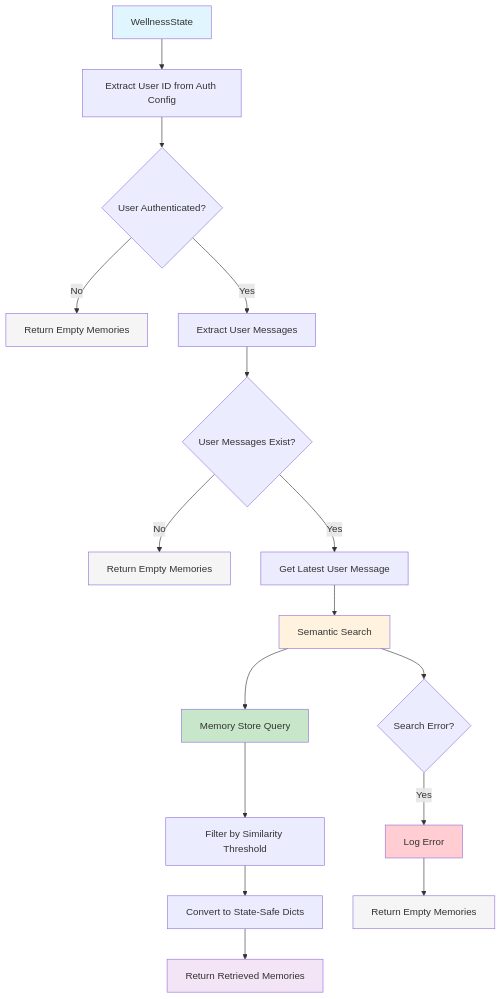
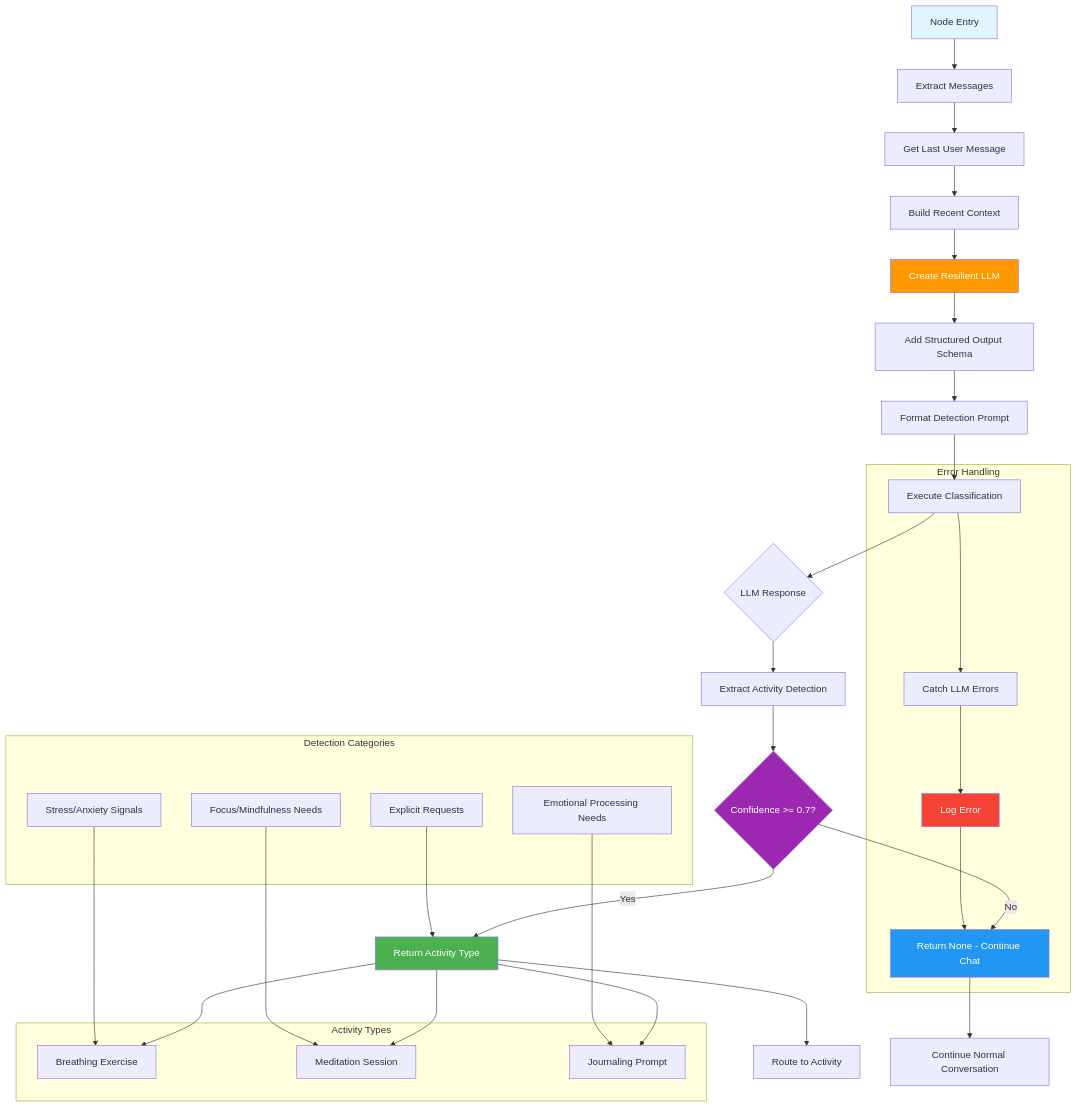
The first of 5 diagrams in docs/ai/langgraph.md (tweezerchef/Wbot), drawn with Mermaid before and after one commit. The commit also changed other lines of this file and 7 other files, not shown here.

First line of the commit message:
docs: comprehensive update of project roadmap and technical documentation

````diff
--- a/docs/ai/langgraph.md
+++ b/docs/ai/langgraph.md
@@ -27,35 +28,57 @@
 ```mermaid
 graph TD
-    A[WellnessState] --> B[Extract User ID from Auth Config]
-    B --> C{User Authenticated?}
-    C -->|No| D[Return Empty Memories]
-    C -->|Yes| E[Extract User Messages]
+    A[Node Entry] --> B[Extract Messages]
+    B --> C[Get Last User Message]
+    C --> D[Build Recent Context]
 
-    E --> F{User Messages Exist?}
-    F -->|No| G[Return Empty Memories]
-    F -->|Yes| H[Get Latest User Message]
+    D --> E[Create Resilient LLM]
+    E --> F[Add Structured Output Schema]
 
-    H --> I[Semantic Search]
-    I --> J[Memory Store Query]
-    J --> K[Filter by Similarity Threshold]
+    F --> G[Format Detection Prompt]
+    G --> H[Execute Classification]
 
-    K --> L[Convert to State-Safe Dicts]
-    L --> M[Return Retrieved Memories]
+    H --> I{LLM Response}
+    I --> J[Extract Activity Detection]
 
-    I --> N{Search Error?}
-    N -->|Yes| O[Log Error]
-    O --> P[Return Empty Memories]
+    J --> K{Confidence >= 0.7?}
+    K -->|Yes| L[Return Activity Type]
+    K -->|No| M[Return None - Continue Chat]
+
+    L --> N[Route to Activity]
+    M --> O[Continue Normal Conversation]
+
+    subgraph "Activity Types"
+        AT1[Breathing Exercise]
+        AT2[Meditation Session]
+        AT3[Journaling Prompt]
+    end
+
+    subgraph "Detection Categories"
+        DC1[Stress/Anxiety Signals]
+        DC2[Focus/Mindfulness Needs]
+        DC3[Emotional Processing Needs]
+        DC4[Explicit Requests]
+    end
+
+    L --> AT1
+    L --> AT2
+    L --> AT3
+
+    DC1 --> AT1
+    DC2 --> AT2
+    DC3 --> AT3
+    DC4 --> L
+
+    subgraph "Error Handling"
+        H --> EH1[Catch LLM Errors]
+        EH1 --> EH2[Log Error]
+        EH2 --> M
+    end
 
     style A fill:#e1f5fe
-    style I fill:#fff3e0
-    style J fill:#c8e6c9
-    style M fill:#f3e5f5
-
-    classDef error fill:#ffcdd2
-    classDef success fill:#c8e6c9
-    classDef skip fill:#f5f5f5
-
-    class O error
-    class M success
-    class D,G,P skip
+    style E fill:#ff9800,color:#fff
+    style K fill:#9c27b0,color:#fff
+    style L fill:#4caf50,color:#fff
+    style M fill:#2196f3,color:#fff
+    style EH2 fill:#f44336,color:#fff
 ```
````
